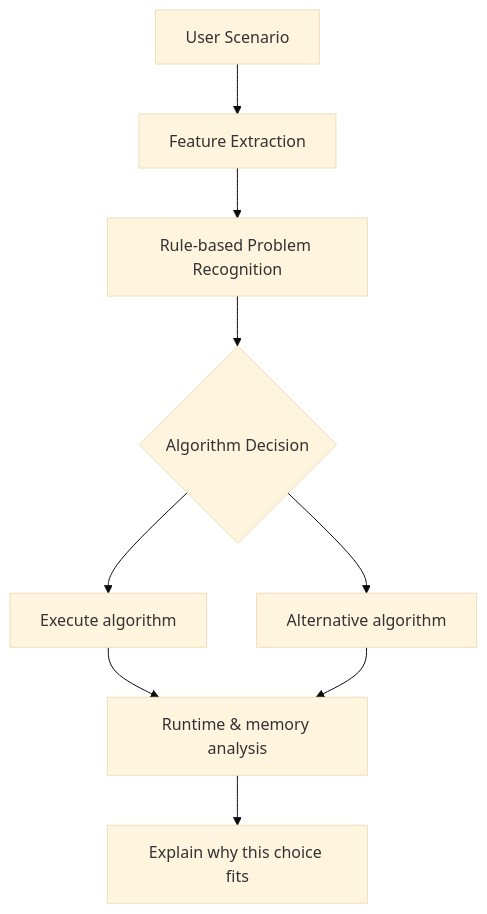
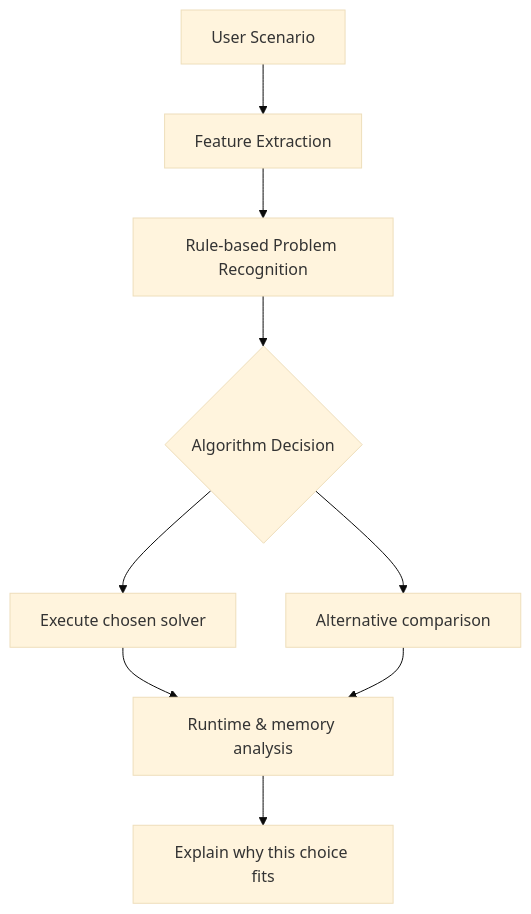
One commit to 093rjain-ro/Agentic_framework changed the second of 2 diagrams in report.md. Above: the diagram before and after it, drawn with Mermaid (base theme). The commit also changed other lines of this file and 3 other files, not shown here.

````diff
--- a/report.md
+++ b/report.md
@@ -9,11 +40,11 @@
 ```mermaid
 flowchart TD
     A[User Scenario] --> B[Feature Extraction]
     B --> C[Rule-based Problem Recognition]
     C --> D{Algorithm Decision}
-    D --> E[Execute algorithm]
-    D --> F[Alternative algorithm]
+    D --> E[Execute chosen solver]
+    D --> F[Alternative comparison]
     E --> G[Runtime & memory analysis]
     F --> G
     G --> H[Explain why this choice fits]
 ```
````
